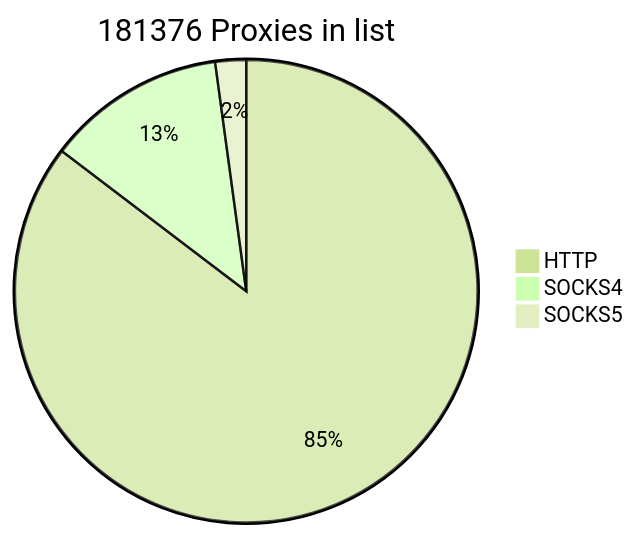
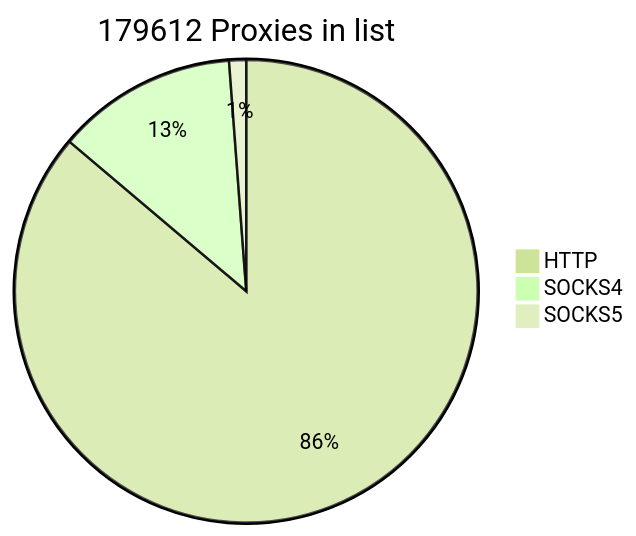
The first of 2 diagrams in README.md (cutipu/proxylist), drawn with Mermaid (forest theme) before and after one commit. The commit also changed other lines of this file, not shown here.

````diff
--- a/README.md
+++ b/README.md
@@ -2,7 +2,7 @@
 ```mermaid
-pie title 181376 Proxies in list
-    "HTTP" : 154785
-    "SOCKS4" : 22687
-    "SOCKS5" : 3904
+pie title 179612 Proxies in list
+    "HTTP" : 154784
+    "SOCKS4" : 22688
+    "SOCKS5" : 2140
             
 ```
````
